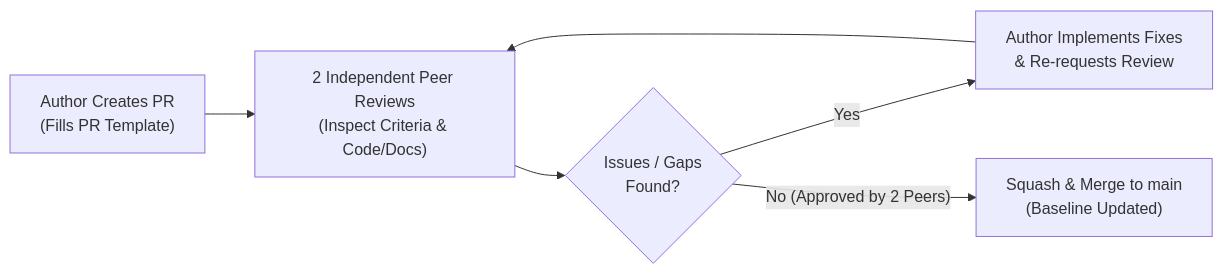
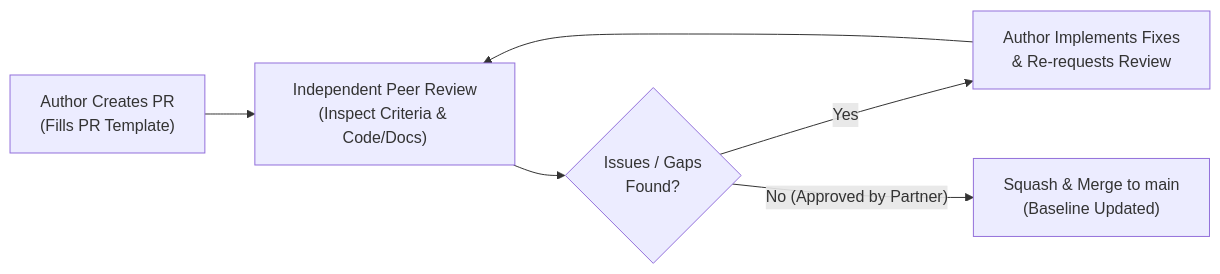
One commit to SEN381-CivicConnect/CivicConnect changed the diagram in CONTRIBUTING.md. Above: the diagram before and after it, drawn with Mermaid. The commit also changed other lines of this file and 49 other files, not shown here.

First line of the commit message:
feat(m2): complete Milestone 2 architecture baseline, ADRs, PED v2.0, RTM v2.0, and Clean Architecture codebase

````diff
--- a/CONTRIBUTING.md
+++ b/CONTRIBUTING.md
@@ -48,8 +47,8 @@
 ```mermaid
 flowchart LR
-    AuthorPR["Author Creates PR<br>(Fills PR Template)"] --> PeerReview["2 Independent Peer Reviews<br>(Inspect Criteria & Code/Docs)"]
+    AuthorPR["Author Creates PR<br>(Fills PR Template)"] --> PeerReview["Independent Peer Review<br>(Inspect Criteria & Code/Docs)"]
     PeerReview --> ReviewComments{"Issues / Gaps<br>Found?"}
     ReviewComments -- "Yes" --> AuthorFix["Author Implements Fixes<br>& Re-requests Review"]
     AuthorFix --> PeerReview
-    ReviewComments -- "No (Approved by 2 Peers)" --> MergeToMain["Squash & Merge to main<br>(Baseline Updated)"]
+    ReviewComments -- "No (Approved by Partner)" --> MergeToMain["Squash & Merge to main<br>(Baseline Updated)"]
 ```
````
